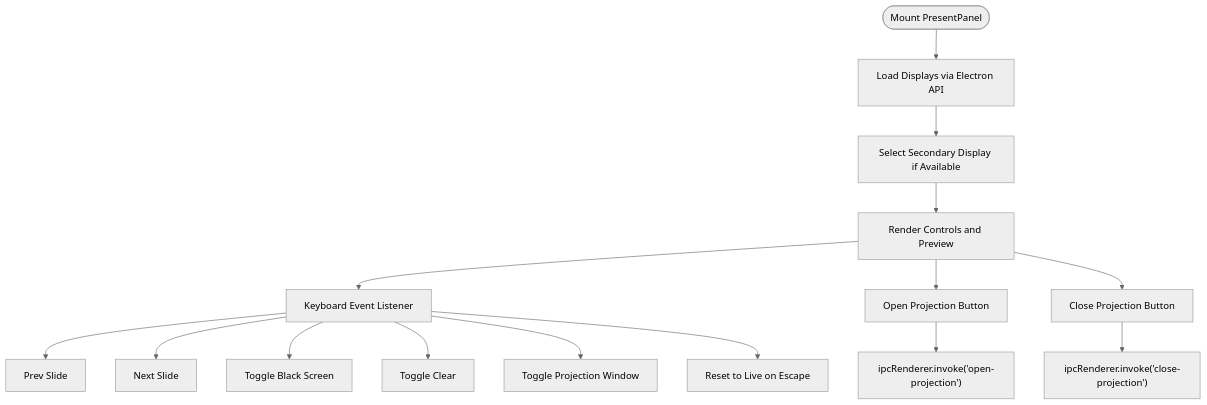
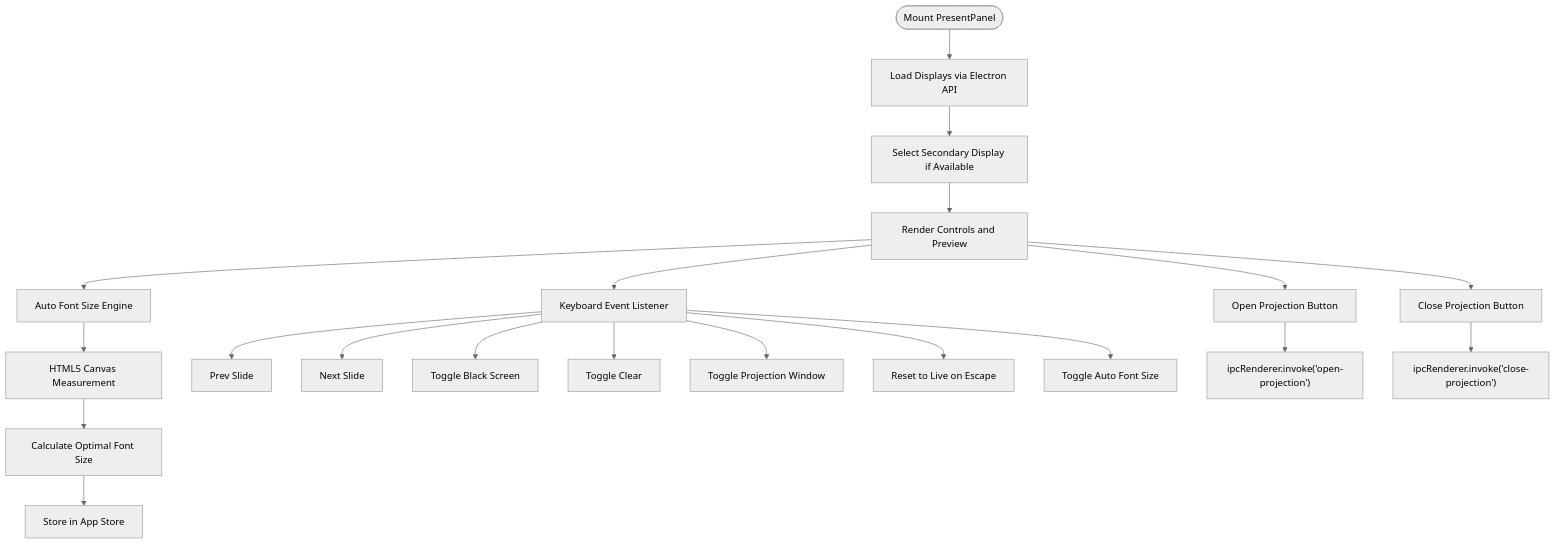
Before and after one commit to jimmywyk/lyricdeck: the third of 5 diagrams in .qoder/repowiki/en/content/User Interface Components/Presentation Controls Component.md, drawn with Mermaid (neutral theme). The commit also changed other lines of this file and 4 other files, not shown here.

````diff
--- a/.qoder/repowiki/en/content/User Interface Components/Presentation Controls Component.md
+++ b/.qoder/repowiki/en/content/User Interface Components/Presentation Controls Component.md
@@ -147,17 +156,22 @@
 ```mermaid
 flowchart TD
 Start(["Mount PresentPanel"]) --> LoadDisplays["Load Displays via Electron API"]
 LoadDisplays --> SelectDisplay["Select Secondary Display if Available"]
 SelectDisplay --> RenderUI["Render Controls and Preview"]
+RenderUI --> AutoFontSize["Auto Font Size Engine"]
+AutoFontSize --> CanvasCalc["HTML5 Canvas Measurement"]
+CanvasCalc --> OptimalSize["Calculate Optimal Font Size"]
+OptimalSize --> StoreValue["Store in App Store"]
 RenderUI --> KeyDown["Keyboard Event Listener"]
 KeyDown --> NavPrev["Prev Slide"]
 KeyDown --> NavNext["Next Slide"]
 KeyDown --> ToggleBlack["Toggle Black Screen"]
 KeyDown --> ToggleClear["Toggle Clear"]
 KeyDown --> ToggleProjection["Toggle Projection Window"]
 KeyDown --> ResetLive["Reset to Live on Escape"]
+KeyDown --> ToggleAutoFont["Toggle Auto Font Size"]
 RenderUI --> OpenProj["Open Projection Button"]
 RenderUI --> CloseProj["Close Projection Button"]
 OpenProj --> IPCOpen["ipcRenderer.invoke('open-projection')"]
 CloseProj --> IPCClose["ipcRenderer.invoke('close-projection')"]
 ```
````
